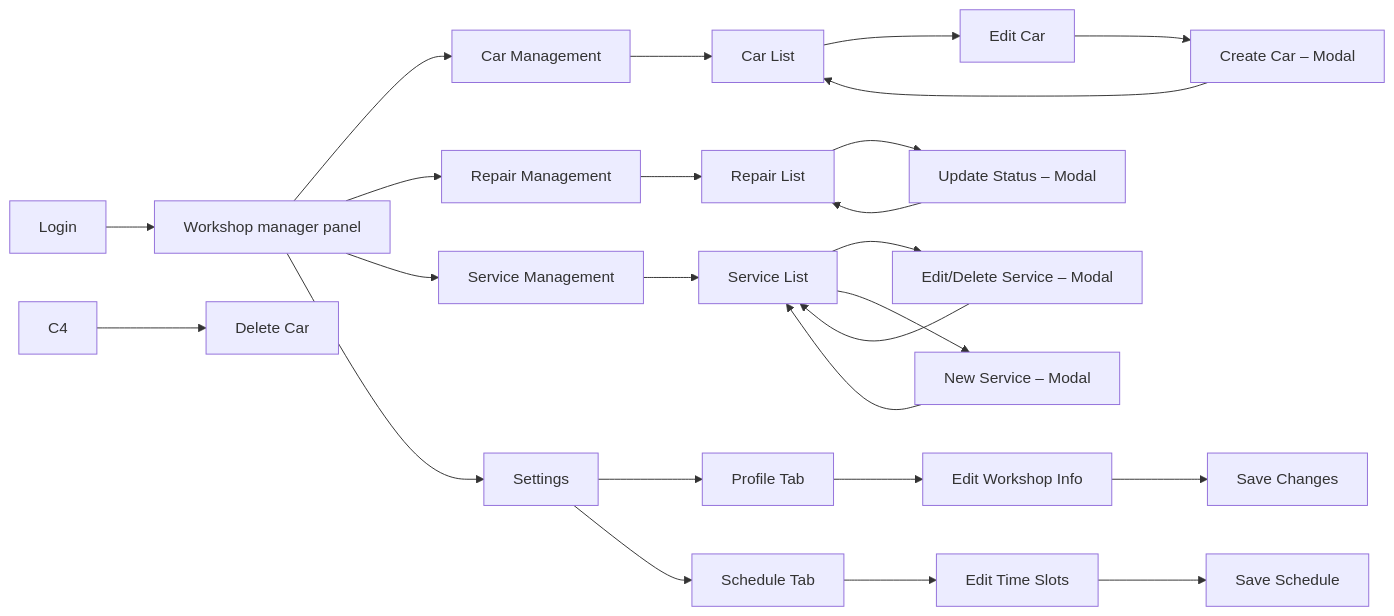
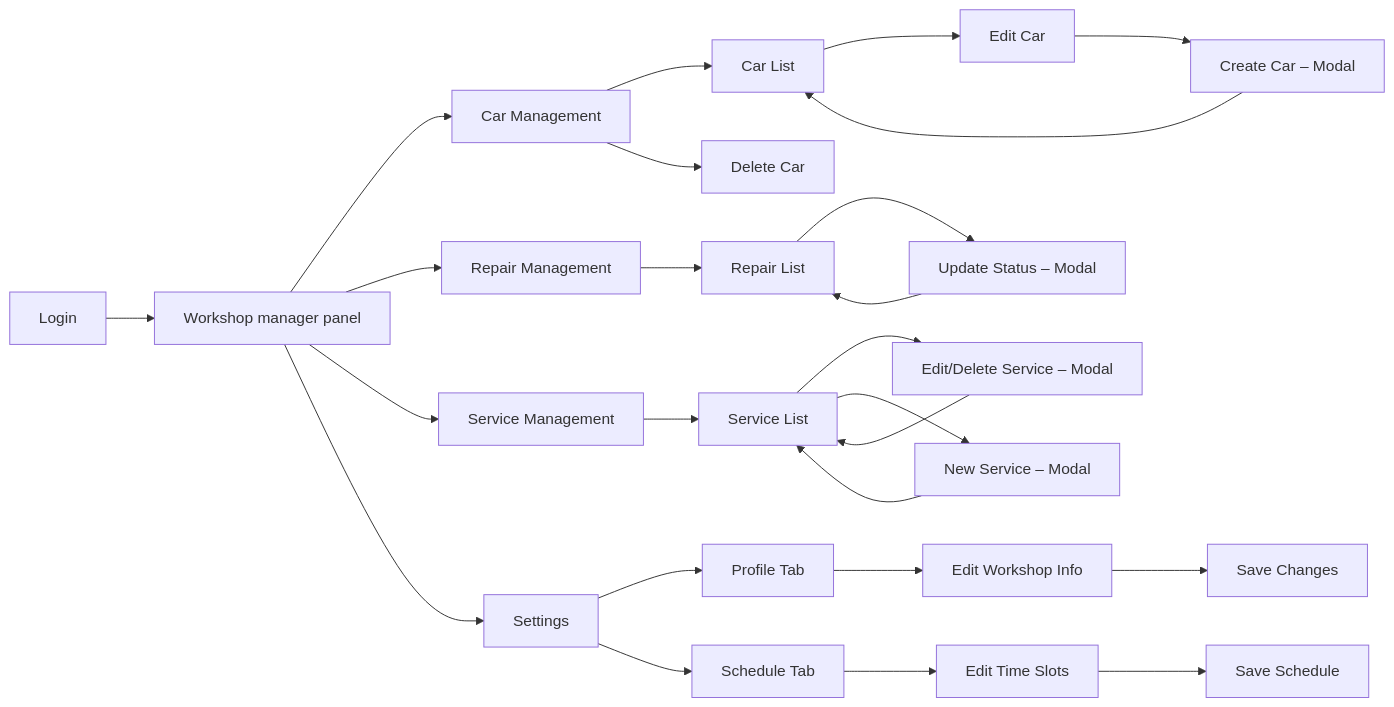
The first of 2 diagrams in Chapter-IV.md (Tulio-pe/Project-Documentation), drawn with Mermaid before and after one commit.

Commit message:
docs(Chapter IV): improving

````diff
--- a/Chapter-IV.md
+++ b/Chapter-IV.md
@@ -242,32 +242,32 @@
 ```mermaid
 flowchart LR
     A[Login] --> B[Workshop manager panel]
 
     B --> C[Car Management]
     C --> C1[Car List]
     C1 --> C2[Edit Car]
     C2 --> C3[Create Car – Modal]
     C3 --> C1
-    C4 --> C5[Delete Car]
+    C --> C4[Delete Car]
 
     B --> D[Repair Management]
     D --> D1[Repair List]
     D1 --> D2[Update Status – Modal]
     D2 --> D1
 
     B --> E[Service Management]
     E --> E1[Service List]
     E1 --> E2[Edit/Delete Service – Modal]
     E2 --> E1
     E1 --> E3[New Service – Modal]
     E3 --> E1
 
     B --> F[Settings]
     F --> F1[Profile Tab]
     F1 --> F1a[Edit Workshop Info]
     F1a --> F1b[Save Changes]
 
     F --> F2[Schedule Tab]
     F2 --> F2a[Edit Time Slots]
     F2a --> F2b[Save Schedule]
 ```
````
